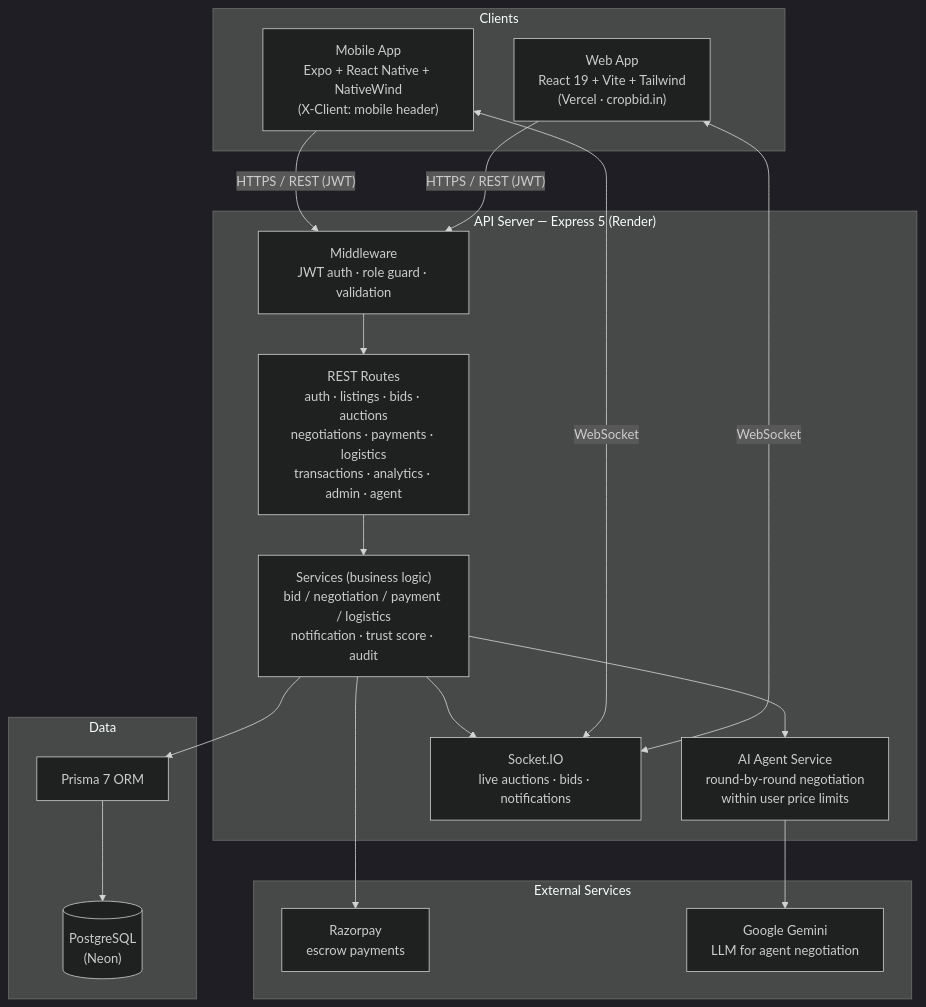
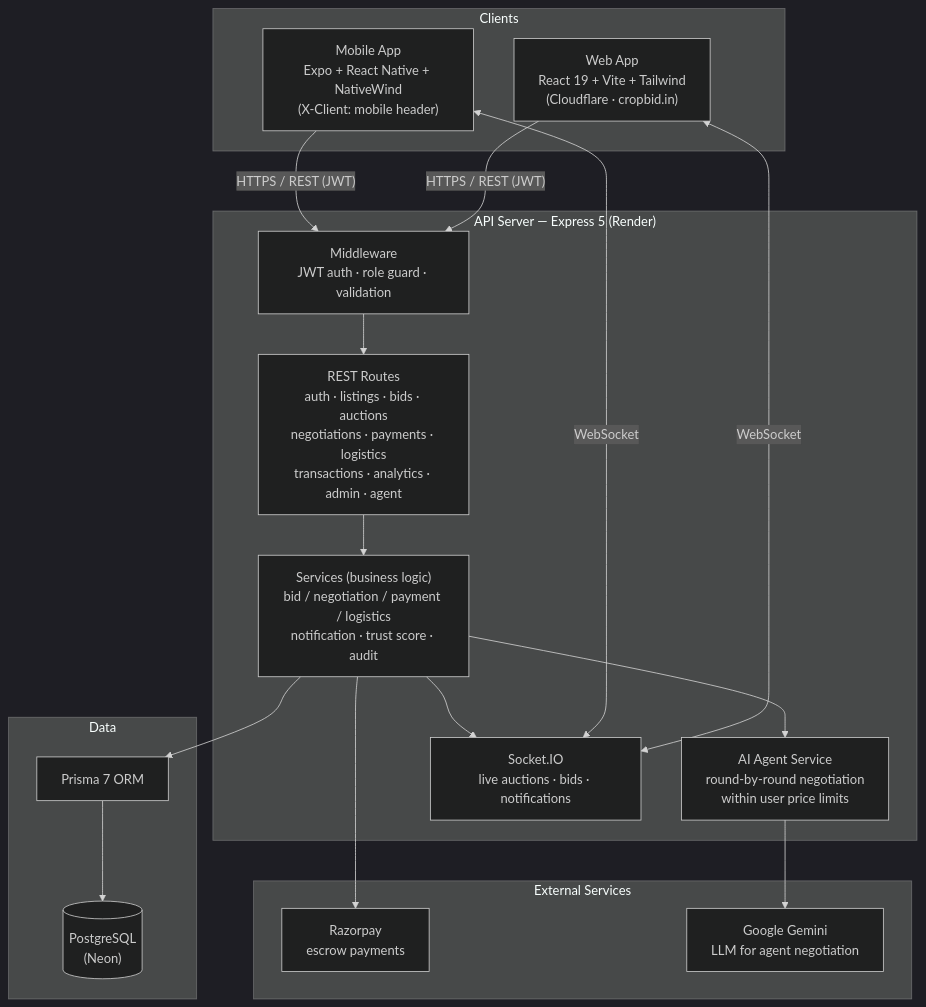
One commit to Hrishi75/CropBid changed the first of 2 diagrams in block-diagram/block-diagram.md. Above: the diagram before and after it, drawn with Mermaid (dark theme). The commit also changed other lines of this file and 13 other files, not shown here.

First line of the commit message:
Retire Vercel now the website is on Cloudflare (#178)

````diff
--- a/block-diagram/block-diagram.md
+++ b/block-diagram/block-diagram.md
@@ -7,37 +7,37 @@
 ```mermaid
 flowchart TB
     subgraph Clients
-        WEB["Web App<br/>React 19 + Vite + Tailwind<br/>(Vercel · cropbid.in)"]
+        WEB["Web App<br/>React 19 + Vite + Tailwind<br/>(Cloudflare · cropbid.in)"]
         MOB["Mobile App<br/>Expo + React Native + NativeWind<br/>(X-Client: mobile header)"]
     end
 
     subgraph Server["API Server — Express 5 (Render)"]
         MW["Middleware<br/>JWT auth · role guard · validation"]
         RT["REST Routes<br/>auth · listings · bids · auctions<br/>negotiations · payments · logistics<br/>transactions · analytics · admin · agent"]
         SVC["Services (business logic)<br/>bid / negotiation / payment / logistics<br/>notification · trust score · audit"]
         AI["AI Agent Service<br/>round-by-round negotiation<br/>within user price limits"]
         WS["Socket.IO<br/>live auctions · bids · notifications"]
     end
 
     subgraph Data
         PRISMA["Prisma 7 ORM"]
         DB[("PostgreSQL<br/>(Neon)")]
     end
 
     subgraph External["External Services"]
         RZP["Razorpay<br/>escrow payments"]
         GEM["Google Gemini<br/>LLM for agent negotiation"]
     end
 
     WEB -->|"HTTPS / REST (JWT)"| MW
     MOB -->|"HTTPS / REST (JWT)"| MW
     WEB <-->|WebSocket| WS
     MOB <-->|WebSocket| WS
 
     MW --> RT --> SVC
     SVC --> AI
     SVC --> WS
     SVC --> PRISMA --> DB
     AI --> GEM
     SVC --> RZP
 ```
````
